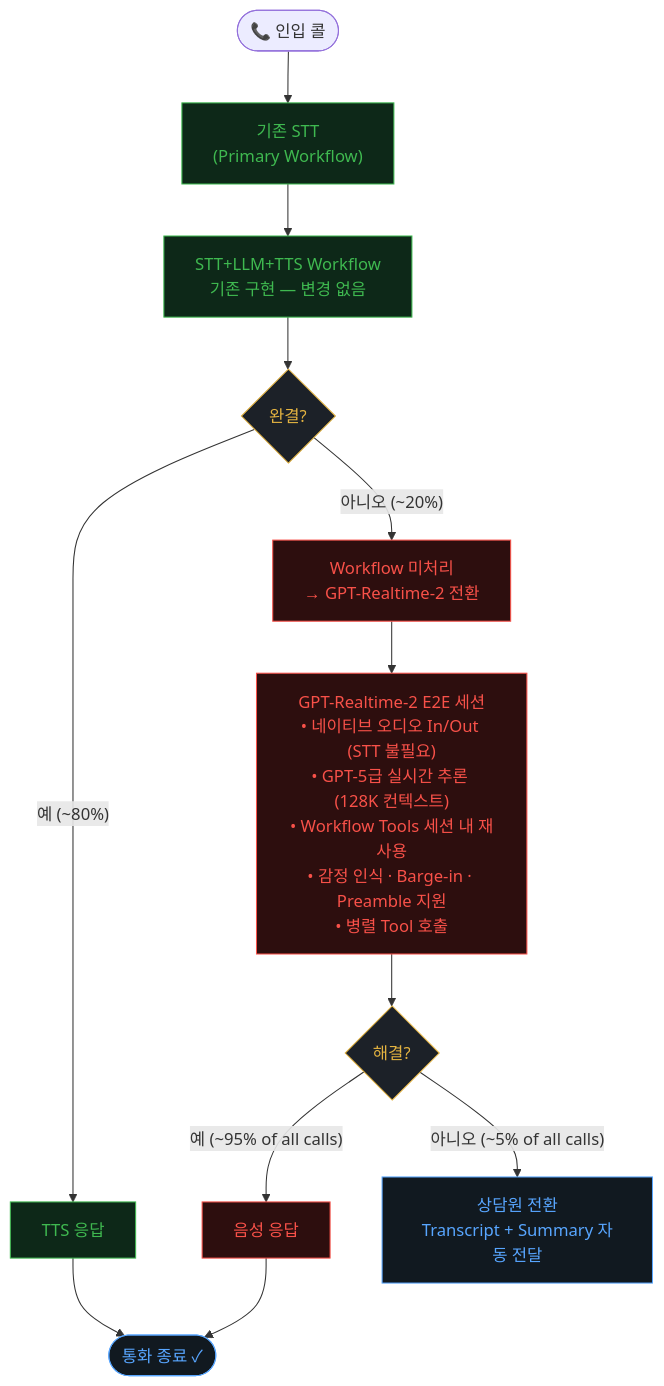
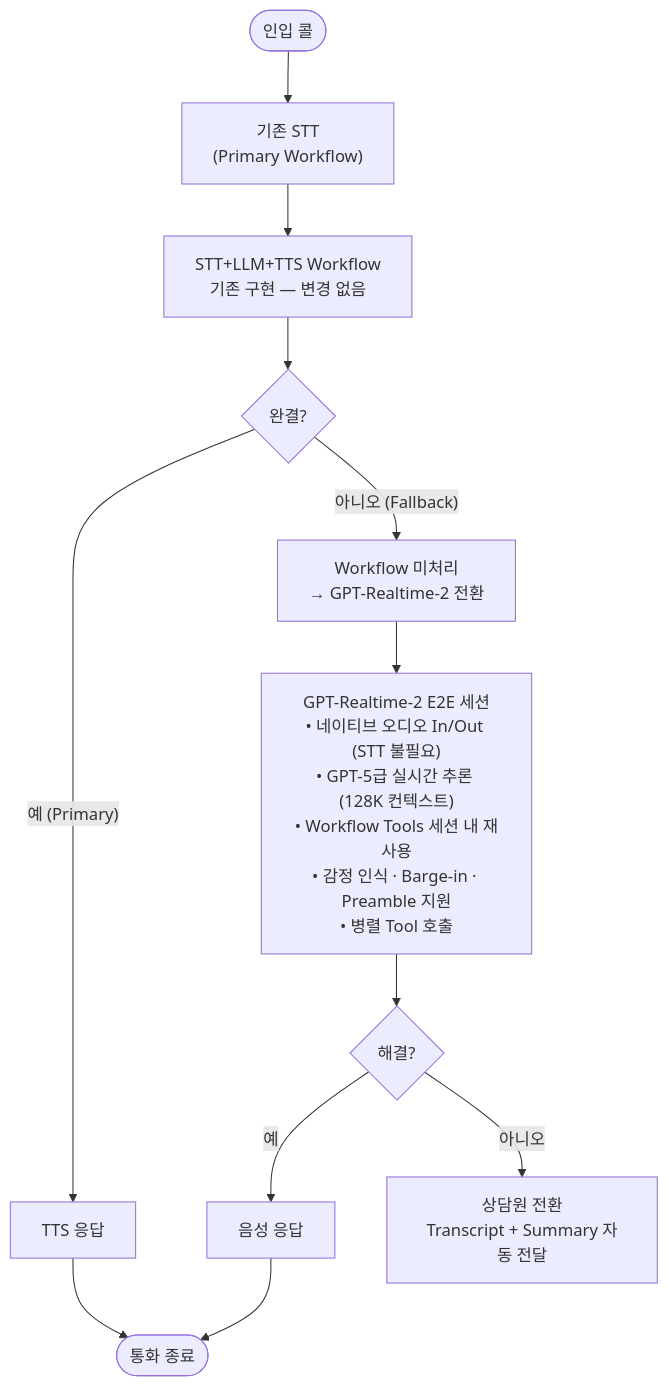
One commit to bskim/gpt-realtime-2-livedemo changed the diagram in README.md. Above: the diagram before and after it, drawn with Mermaid. The commit also changed other lines of this file and 2 other files, not shown here.

````diff
--- a/README.md
+++ b/README.md
@@ -236,28 +231,23 @@
 ```mermaid
 flowchart TD
-    A([📞 인입 콜]) --> B["기존 STT\n(Primary Workflow)"]
+    A([인입 콜]) --> B["기존 STT\n(Primary Workflow)"]
     B --> C["STT+LLM+TTS Workflow\n기존 구현 — 변경 없음"]
     C --> D{"완결?"}
 
-    D -- "예 (~80%)" --> E[TTS 응답]
-    E --> Z([통화 종료 ✓])
+    D -- "예 (Primary)" --> E[TTS 응답]
+    E --> Z([통화 종료])
 
-    D -- "아니오 (~20%)" --> F["Workflow 미처리\n→ GPT-Realtime-2 전환"]
+    D -- "아니오 (Fallback)" --> F["Workflow 미처리\n→ GPT-Realtime-2 전환"]
     F --> G["GPT-Realtime-2 E2E 세션\n• 네이티브 오디오 In/Out (STT 불필요)\n• GPT-5급 실시간 추론 (128K 컨텍스트)\n• Workflow Tools 세션 내 재사용\n• 감정 인식 · Barge-in · Preamble 지원\n• 병렬 Tool 호출"]
     G --> H{"해결?"}
 
-    H -- "예 (~95% of all calls)" --> I[음성 응답]
+    H -- "예" --> I[음성 응답]
     I --> Z
 
-    H -- "아니오 (~5% of all calls)" --> J["상담원 전환\nTranscript + Summary 자동 전달"]
-
-    classDef primary fill:#0d2818,stroke:#3fb950,color:#3fb950
-    classDef rt2     fill:#2d0e0e,stroke:#f85149,color:#f85149
-    classDef term    fill:#111920,stroke:#58a6ff,color:#58a6ff
-    classDef gate    fill:#1c2128,stroke:#e3b341,color:#e3b341
+    H -- "아니오" --> J["상담원 전환\nTranscript + Summary 자동 전달"]
 
     class B,C,E primary
     class F,G,I rt2
     class Z,J term
     class D,H gate
 ```
````
